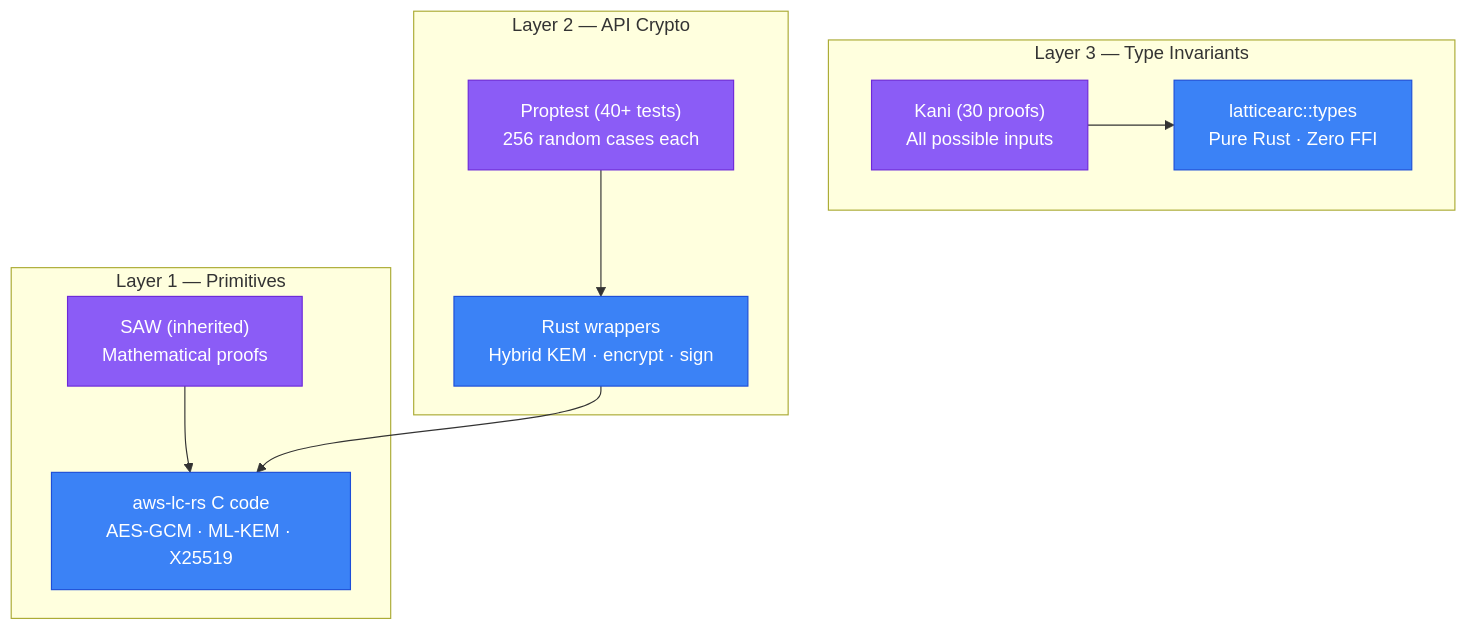
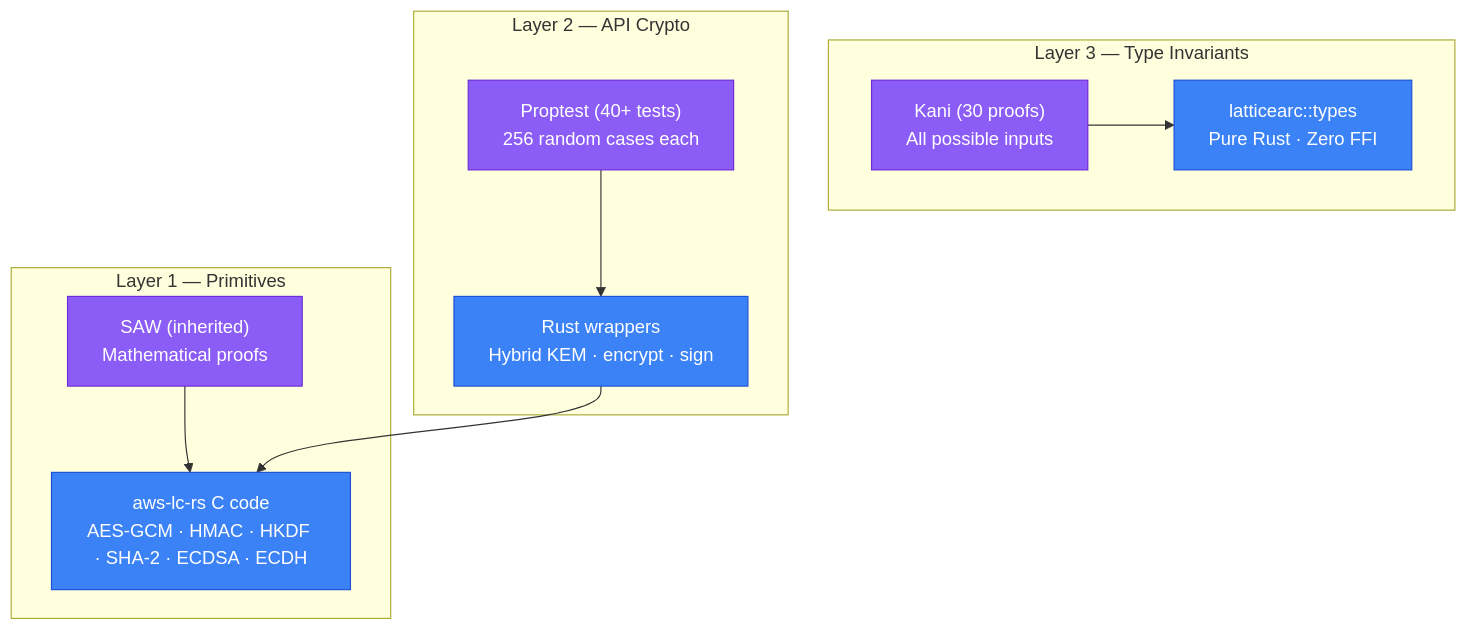
The diagram in docs/FORMAL_VERIFICATION.md (LatticeArc/latticearc), drawn with Mermaid before and after one commit. The commit also changed other lines of this file and 11 other files, not shown here.

````diff
--- a/docs/FORMAL_VERIFICATION.md
+++ b/docs/FORMAL_VERIFICATION.md
@@ -7,28 +7,28 @@
 ```mermaid
 flowchart TB
     subgraph "Layer 3 — Type Invariants"
         KANI["Kani (30 proofs)\nAll possible inputs"]
         TYPES["latticearc::types\nPure Rust · Zero FFI"]
     end
 
     subgraph "Layer 2 — API Crypto"
         PROP["Proptest (40+ tests)\n256 random cases each"]
         WRAP["Rust wrappers\nHybrid KEM · encrypt · sign"]
     end
 
     subgraph "Layer 1 — Primitives"
         SAW["SAW (inherited)\nMathematical proofs"]
-        AWSLC["aws-lc-rs C code\nAES-GCM · ML-KEM · X25519"]
+        AWSLC["aws-lc-rs C code\nAES-GCM · HMAC · HKDF · SHA-2 · ECDSA · ECDH"]
     end
 
     KANI --> TYPES
     PROP --> WRAP
     SAW --> AWSLC
     WRAP --> AWSLC
 
     classDef tool fill:#8b5cf6,stroke:#6d28d9,color:#fff
     classDef code fill:#3b82f6,stroke:#1d4ed8,color:#fff
 
     class KANI,PROP,SAW tool
     class TYPES,WRAP,AWSLC code
 ```
````
